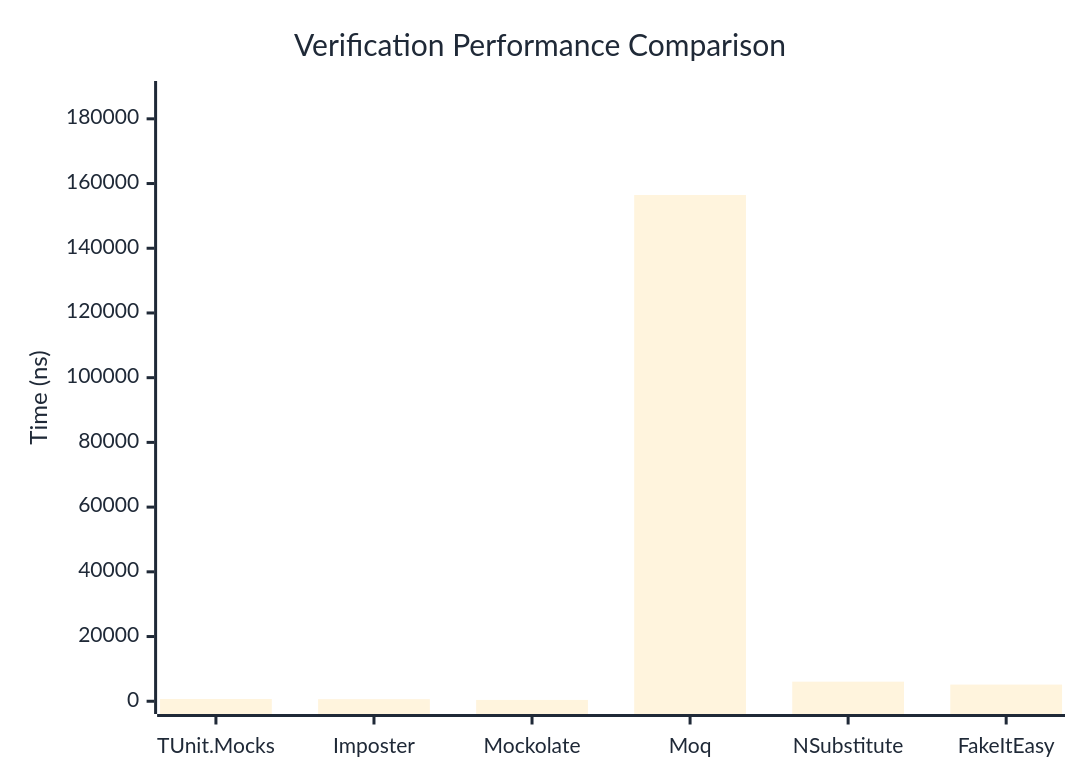
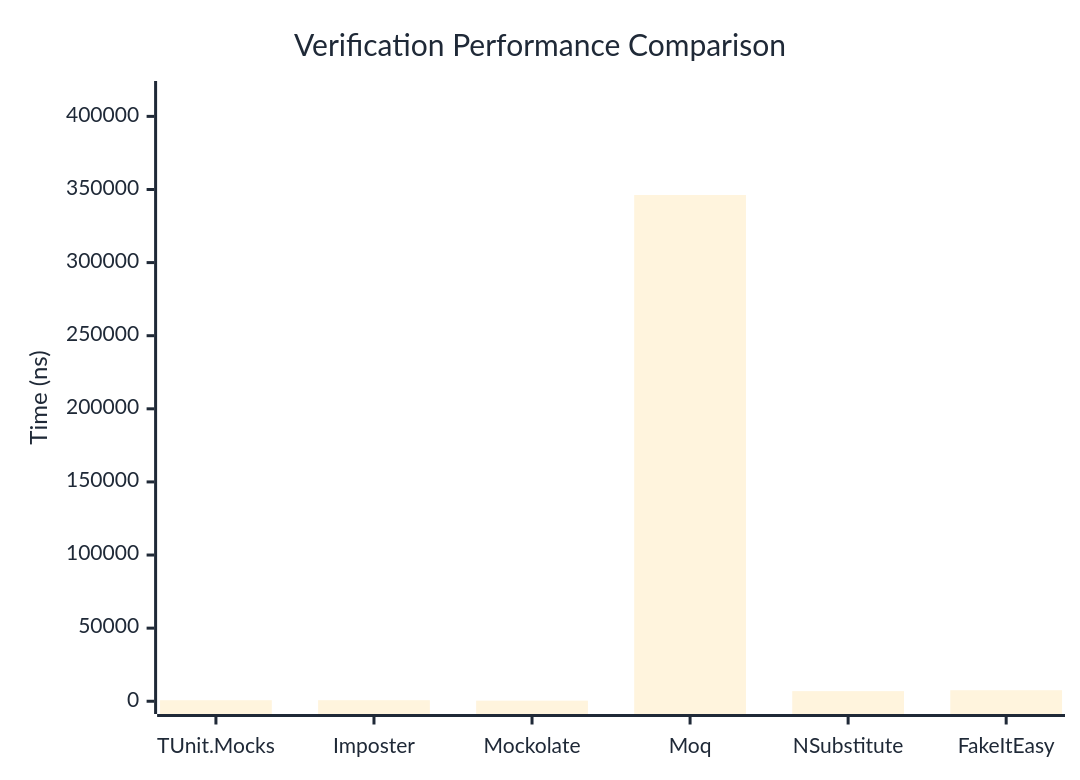
Before and after one commit to thomhurst/TUnit: the first of 3 diagrams in docs/docs/benchmarks/mocks/Verification.md, drawn with Mermaid. The commit also changed other lines of this file and 14 other files, not shown here.

````diff
--- a/docs/docs/benchmarks/mocks/Verification.md
+++ b/docs/docs/benchmarks/mocks/Verification.md
@@ -30,27 +30,27 @@
 ```mermaid
 %%{init: {
   'theme':'base',
   'themeVariables': {
     'primaryColor': '#2563eb',
     'primaryTextColor': '#1f2937',
     'primaryBorderColor': '#1e40af',
     'lineColor': '#6b7280',
     'secondaryColor': '#7c3aed',
     'tertiaryColor': '#dc2626',
     'background': '#ffffff',
     'pie1': '#2563eb',
     'pie2': '#7c3aed',
     'pie3': '#dc2626',
     'pie4': '#f59e0b',
     'pie5': '#10b981',
     'pie6': '#06b6d4',
     'pie7': '#ec4899',
     'pie8': '#6366f1'
   }
 }}%%
 xychart-beta
   title "Verification Performance Comparison"
   x-axis ["TUnit.Mocks", "Imposter", "Mockolate", "Moq", "NSubstitute", "FakeItEasy"]
-  y-axis "Time (ns)" 0 --> 187749
-  bar [702.44, 643.11, 409.17, 156456.69, 6053.22, 5152.58]
+  y-axis "Time (ns)" 0 --> 415474
+  bar [704.07, 719.94, 405.14, 346228.33, 6922.66, 7553.05]
 ```
````
